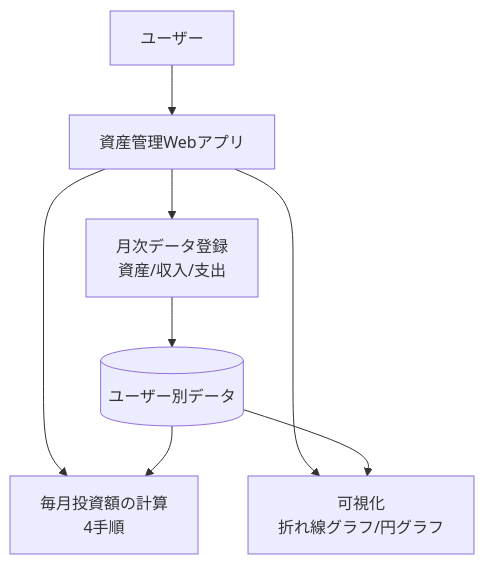
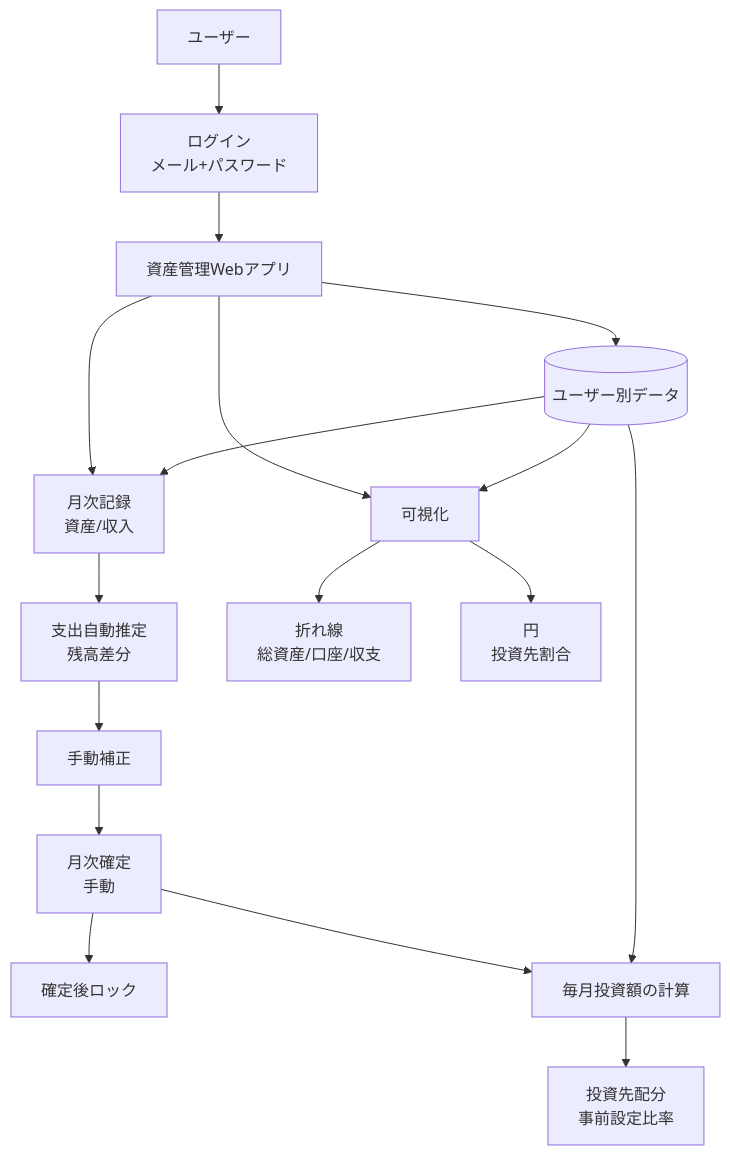
One commit to ogihaya/asset-management-ver3 changed the diagram in docs/requirements/public/OVERVIEW.md. Above: the diagram before and after it, drawn with Mermaid. The commit also changed other lines of this file, not shown here.

````diff
--- a/docs/requirements/public/OVERVIEW.md
+++ b/docs/requirements/public/OVERVIEW.md
@@ -18,10 +22,19 @@
 ```mermaid
 graph TD
-    U[ユーザー] --> A[資産管理Webアプリ]
-    A --> I[月次データ登録<br/>資産/収入/支出]
-    A --> C[毎月投資額の計算<br/>4手順]
-    A --> V[可視化<br/>折れ線グラフ/円グラフ]
-    I --> D[(ユーザー別データ)]
-    D --> C
+    U[ユーザー] --> L[ログイン<br/>メール+パスワード]
+    L --> A[資産管理Webアプリ]
+    A --> D[(ユーザー別データ)]
+    A --> R[月次記録<br/>資産/収入]
+    R --> E[支出自動推定<br/>残高差分]
+    E --> M[手動補正]
+    M --> C[月次確定<br/>手動]
+    C --> K[確定後ロック]
+    C --> I[毎月投資額の計算]
+    I --> P[投資先配分<br/>事前設定比率]
+    A --> V[可視化]
+    V --> G1[折れ線<br/>総資産/口座/収支]
+    V --> G2[円<br/>投資先割合]
+    D --> R
+    D --> I
     D --> V
 ```
````
